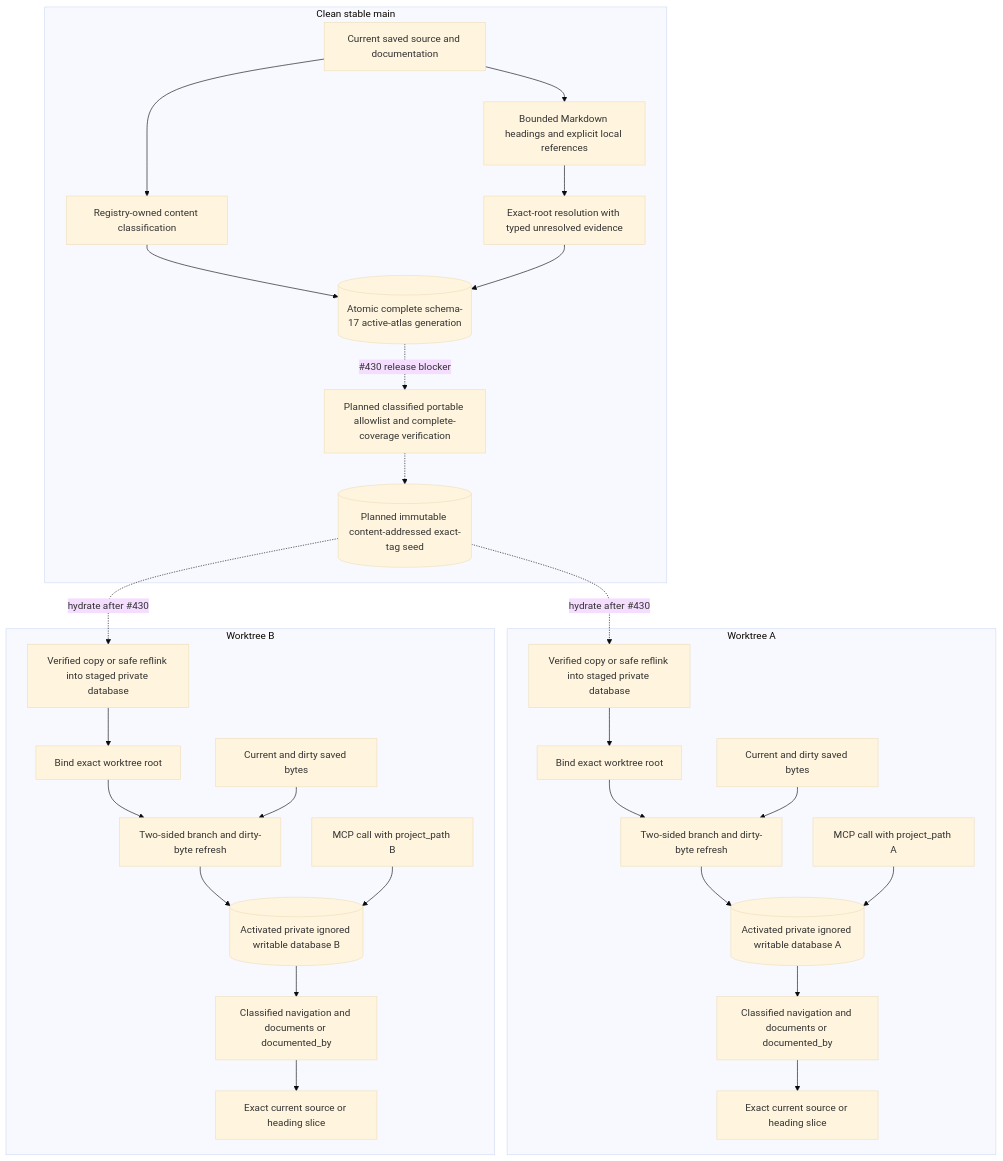
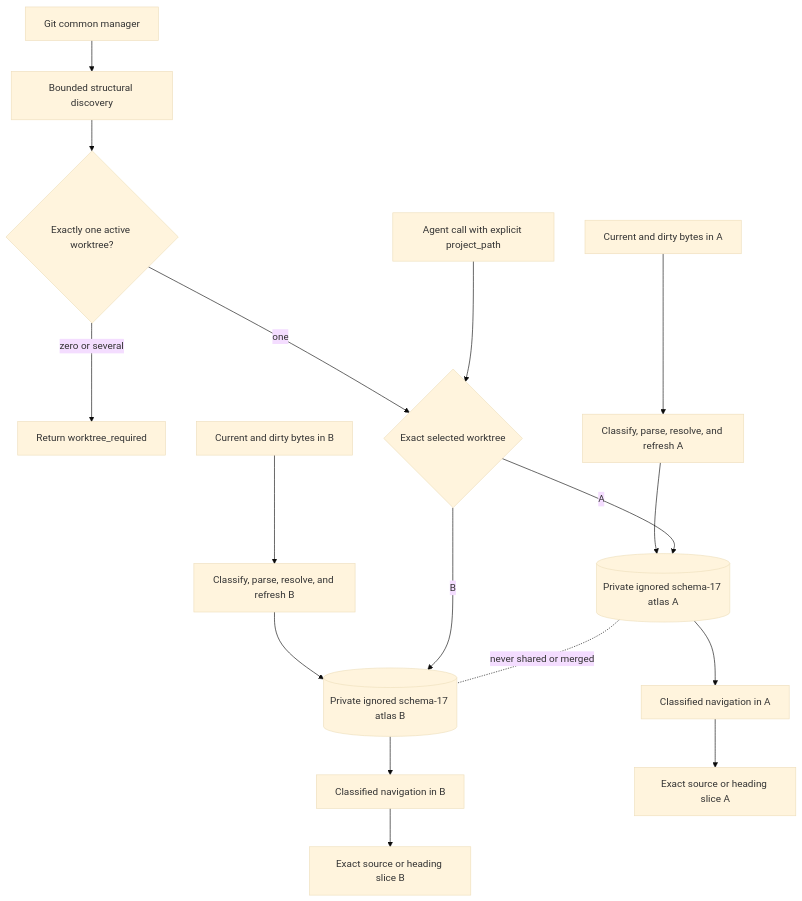
Diagram 26 of 31 in docs/projectatlas-3-architecture.md (styler-ai/ProjectAtlas), drawn with Mermaid (base theme) before and after one commit. The commit also changed other lines of this file and 19 other files, not shown here.

Commit message:
feat(worktree): add exact agent routing (#430)

````diff
--- a/docs/projectatlas-3-architecture.md
+++ b/docs/projectatlas-3-architecture.md
@@ -1795,35 +1795,20 @@
 ```mermaid
 flowchart TB
-    subgraph Stable[Clean stable main]
-        Saved[Current saved source and documentation] --> Classify[Registry-owned content classification]
-        Saved --> Parse[Bounded Markdown headings and explicit local references]
-        Parse --> Resolve[Exact-root resolution with typed unresolved evidence]
-        Classify --> Publish[(Atomic complete schema-17 active-atlas generation)]
-        Resolve --> Publish
-        Publish -. "#430 release blocker" .-> Seal[Planned classified portable allowlist and complete-coverage verification]
-        Seal -.-> Seed[(Planned immutable content-addressed exact-tag seed)]
-    end
+    Manager[Git common manager] --> Discover[Bounded structural discovery]
+    Discover --> Count{Exactly one active worktree?}
+    Count -->|zero or several| Required[Return worktree_required]
+    Count -->|one| Selected{Exact selected worktree}
+    Agent[Agent call with explicit project_path] --> Selected
 
-    subgraph WorktreeA[Worktree A]
-        CopyA[Verified copy or safe reflink into staged private database] --> RebindA[Bind exact worktree root]
-        RebindA --> RefreshA[Two-sided branch and dirty-byte refresh]
-        SavedA[Current and dirty saved bytes] --> RefreshA
-        RefreshA --> DbA[(Activated private ignored writable database A)]
-        CallA[MCP call with project_path A] --> DbA
-        DbA --> NavigateA[Classified navigation and documents or documented_by]
-        NavigateA --> SliceA[Exact current source or heading slice]
-    end
-
-    subgraph WorktreeB[Worktree B]
-        CopyB[Verified copy or safe reflink into staged private database] --> RebindB[Bind exact worktree root]
-        RebindB --> RefreshB[Two-sided branch and dirty-byte refresh]
-        SavedB[Current and dirty saved bytes] --> RefreshB
-        RefreshB --> DbB[(Activated private ignored writable database B)]
-        CallB[MCP call with project_path B] --> DbB
-        DbB --> NavigateB[Classified navigation and documents or documented_by]
-        NavigateB --> SliceB[Exact current source or heading slice]
-    end
-
-    Seed -. "hydrate after #430" .-> CopyA
-    Seed -. "hydrate after #430" .-> CopyB
+    SavedA[Current and dirty bytes in A] --> BuildA[Classify, parse, resolve, and refresh A]
+    BuildA --> DbA[(Private ignored schema-17 atlas A)]
+    SavedB[Current and dirty bytes in B] --> BuildB[Classify, parse, resolve, and refresh B]
+    BuildB --> DbB[(Private ignored schema-17 atlas B)]
+    Selected -->|A| DbA
+    Selected -->|B| DbB
+    DbA --> NavigateA[Classified navigation in A]
+    DbB --> NavigateB[Classified navigation in B]
+    NavigateA --> SliceA[Exact source or heading slice A]
+    NavigateB --> SliceB[Exact source or heading slice B]
+    DbA -. never shared or merged .- DbB
 ```
````
